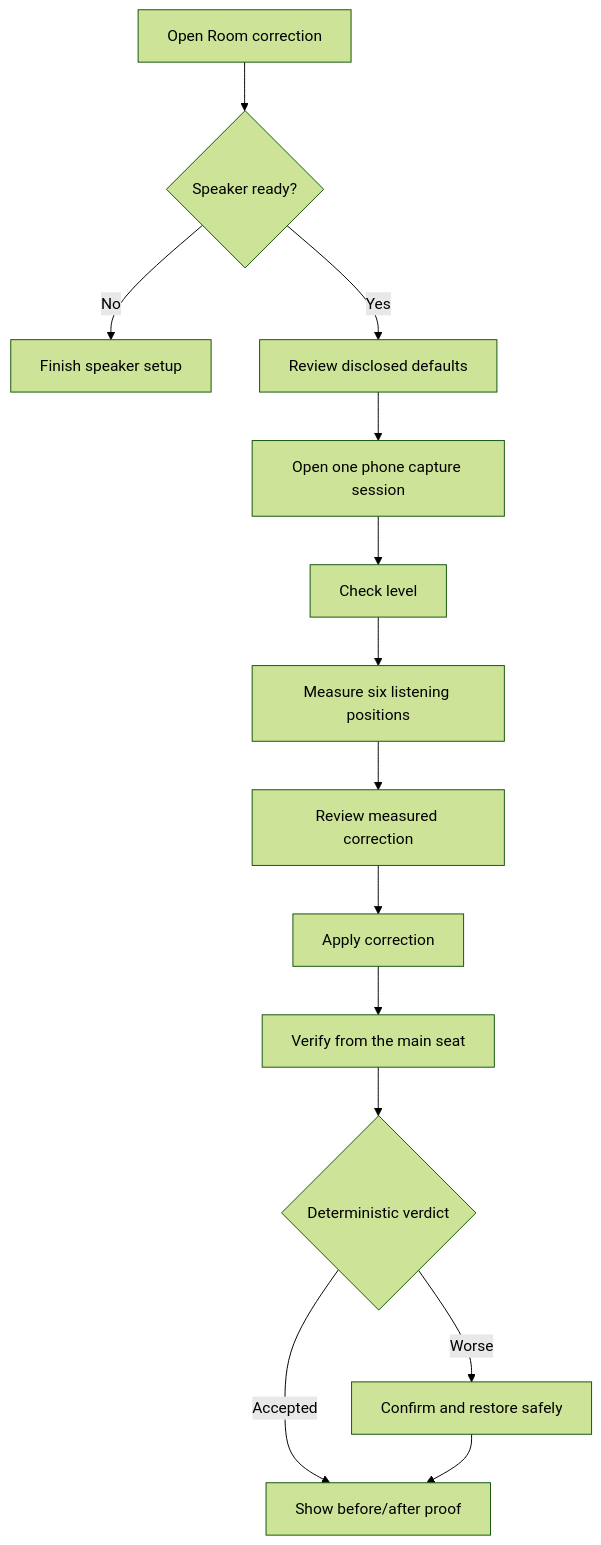
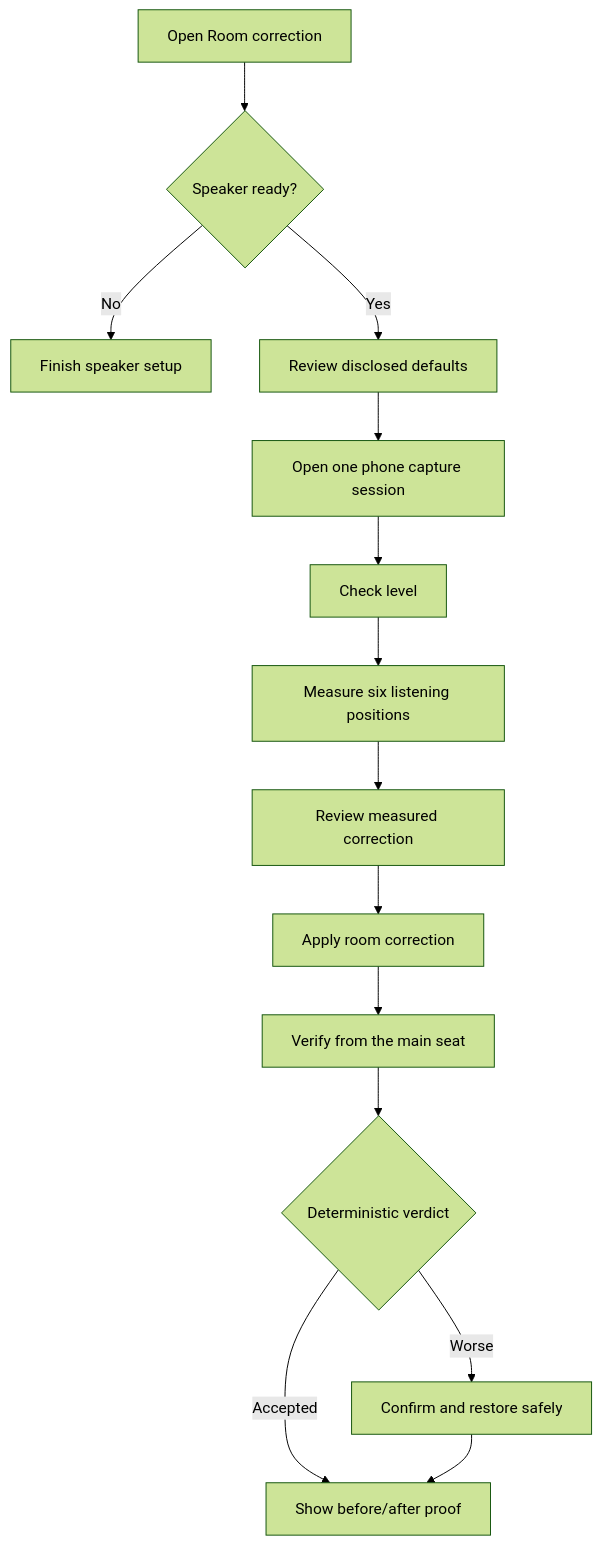
Before and after one commit to jaspercurry/JTS: the diagram in docs/room-correction-information-design.md, drawn with Mermaid (forest theme). The commit also changed other lines of this file and 12 other files, not shown here.

Commit message:
Harden Room Correction presentation boundary

````diff
--- a/docs/room-correction-information-design.md
+++ b/docs/room-correction-information-design.md
@@ -154,16 +166,16 @@
 ```mermaid
 flowchart TD
     A["Open Room correction"] --> B{"Speaker ready?"}
     B -->|No| C["Finish speaker setup"]
     B -->|Yes| D["Review disclosed defaults"]
     D --> E["Open one phone capture session"]
     E --> F["Check level"]
     F --> G["Measure six listening positions"]
     G --> H["Review measured correction"]
-    H --> I["Apply correction"]
+    H --> I["Apply room correction"]
     I --> J["Verify from the main seat"]
     J --> K{"Deterministic verdict"}
     K -->|Accepted| L["Show before/after proof"]
     K -->|Worse| M["Confirm and restore safely"]
     M --> L
 ```
````
